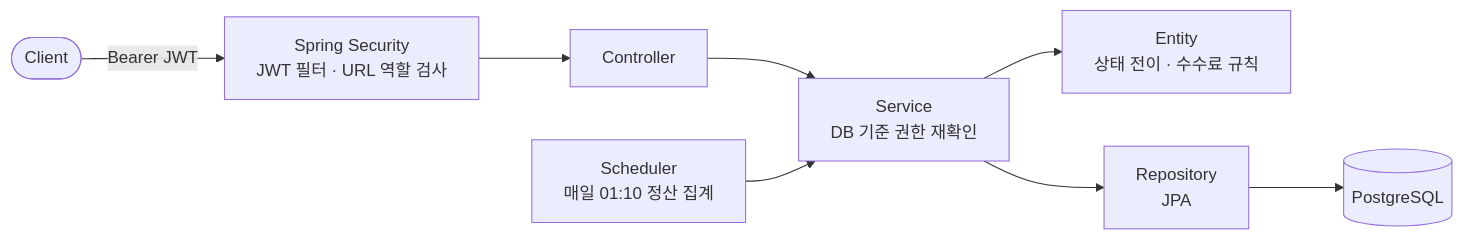
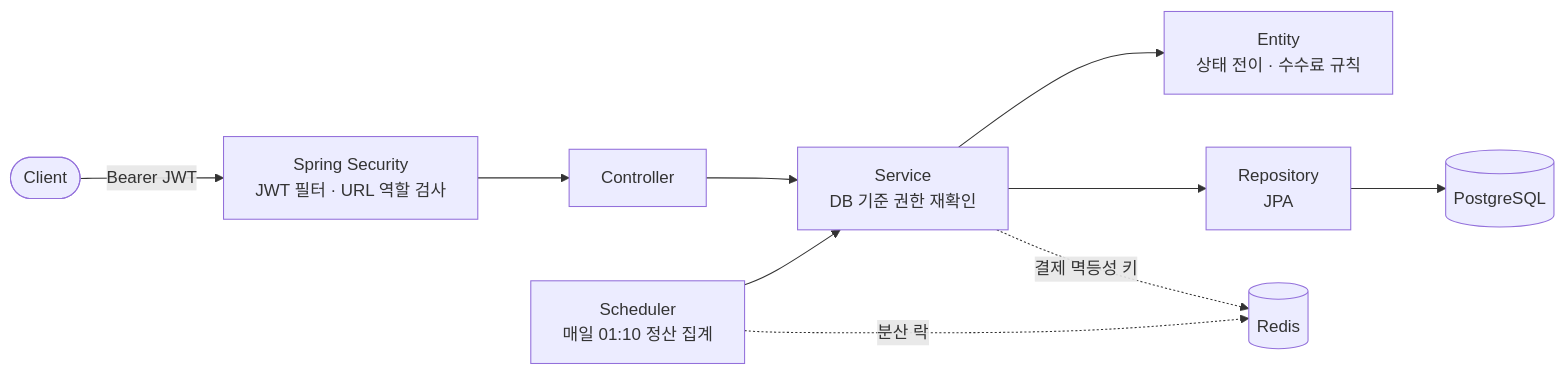
The diagram in README.md (gajigaji-dev/Spring-Delivery-mini), drawn with Mermaid before and after one commit. The commit also changed other lines of this file and 22 other files, not shown here.

Commit message:
[FEAT] Redis 기반 결제 멱등성 및 스케줄러 분산 락 #41

````diff
--- a/README.md
+++ b/README.md
@@ -17,8 +17,10 @@
 ```mermaid
 flowchart LR
     client([Client]) -->|Bearer JWT| sec[Spring Security<br/>JWT 필터 · URL 역할 검사]
     sec --> ctrl[Controller] --> svc[Service<br/>DB 기준 권한 재확인]
     svc --> ent[Entity<br/>상태 전이 · 수수료 규칙]
     svc --> repo[Repository<br/>JPA] --> db[(PostgreSQL)]
     sch[Scheduler<br/>매일 01:10 정산 집계] --> svc
+    svc -.결제 멱등성 키.-> redis[(Redis)]
+    sch -.분산 락.-> redis
 ```
````
